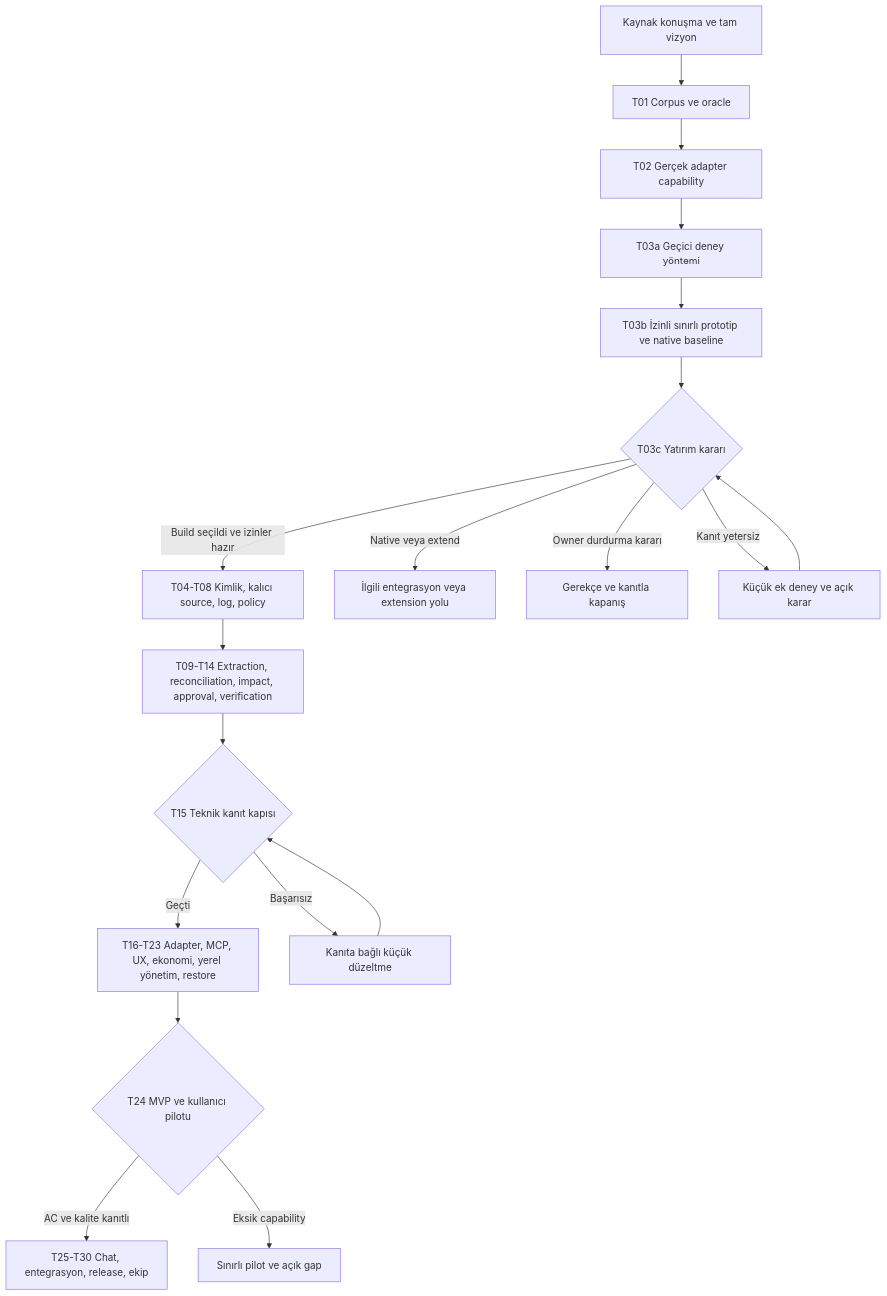
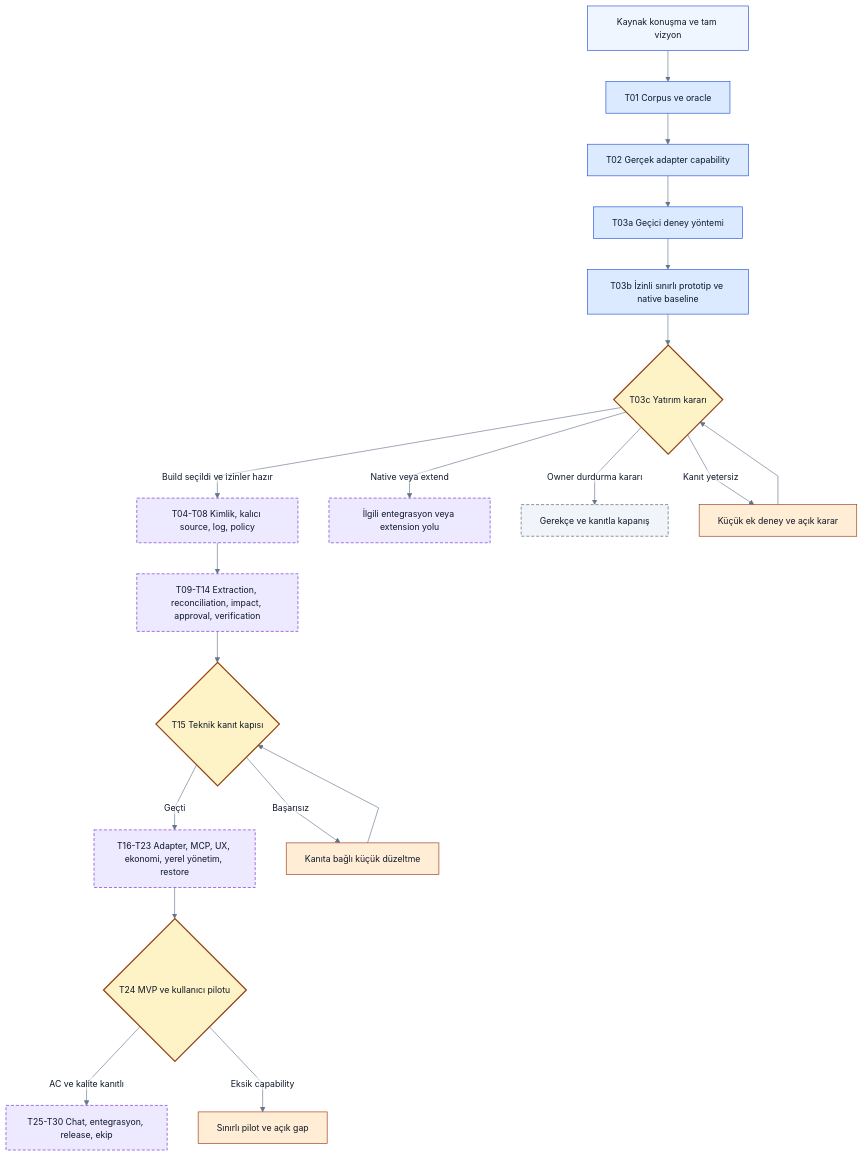
The second of 2 diagrams in ROADMAP.md (alphanAkbulut/decivora), drawn with Mermaid before and after one commit. The commit also changed other lines of this file and 21 other files, not shown here.

Commit message:
Refresh all Mermaid diagrams, clarify decision states and document rendering evidence

````diff
--- a/ROADMAP.md
+++ b/ROADMAP.md
@@ -37,21 +53,36 @@
 ```mermaid
+%%{init: {"theme":"base","themeVariables":{"fontFamily":"Arial, sans-serif","fontSize":"14px","primaryColor":"#eff6ff","primaryTextColor":"#0f172a","primaryBorderColor":"#1d4ed8","lineColor":"#64748b","secondaryColor":"#ccfbf1","tertiaryColor":"#f1f5f9","background":"#ffffff","mainBkg":"#eff6ff","textColor":"#0f172a","clusterBkg":"#f8fafc","clusterBorder":"#94a3b8","edgeLabelBackground":"#ffffff","actorBkg":"#eff6ff","actorTextColor":"#0f172a","actorBorder":"#1d4ed8","signalColor":"#64748b","signalTextColor":"#0f172a","noteBkgColor":"#fef3c7","noteTextColor":"#0f172a","noteBorderColor":"#92400e"},"flowchart":{"htmlLabels":false,"curve":"linear"},"sequence":{"wrap":true},"themeCSS":"background-color:#ffffff;"}}%%
 flowchart TB
+    accTitle: Küçük teslimler ve kanıt kapıları
+    accDescr: Önerilen tasarım veya açıkça belirtilen sentetik örnek. Renkler alan ve kontrol türünü gösterir; implemented veya passed kanıtı değildir. Yetki, revision ve coverage sınırları korunur.
     S[Kaynak konuşma ve tam vizyon] --> C[T01 Corpus ve oracle]
     C --> A[T02 Gerçek adapter capability]
     A --> PLAN[T03a Geçici deney yöntemi]
     PLAN --> PROTO[T03b İzinli sınırlı prototip ve native baseline]
     PROTO --> D{T03c Yatırım kararı}
     D -->|Build seçildi ve izinler hazır| CORE[T04-T08 Kimlik, kalıcı source, log, policy]
     D -->|Native veya extend| ALT[İlgili entegrasyon veya extension yolu]
     D -->|Owner durdurma kararı| STOP[Gerekçe ve kanıtla kapanış]
     D -->|Kanıt yetersiz| EXP[Küçük ek deney ve açık karar]
     EXP --> D
     CORE --> INT[T09-T14 Extraction, reconciliation, impact, approval, verification]
     INT --> G{T15 Teknik kanıt kapısı}
     G -->|Geçti| MVP[T16-T23 Adapter, MCP, UX, ekonomi, yerel yönetim, restore]
     G -->|Başarısız| FIX[Kanıta bağlı küçük düzeltme]
     FIX --> G
     MVP --> PILOT{T24 MVP ve kullanıcı pilotu}
     PILOT -->|AC ve kalite kanıtlı| NEXT[T25-T30 Chat, entegrasyon, release, ekip]
     PILOT -->|Eksik capability| LIMITED[Sınırlı pilot ve açık gap]
+    classDef source fill:#eff6ff,stroke:#1d4ed8,color:#0f172a
+    classDef process fill:#dbeafe,stroke:#1d4ed8,color:#0f172a
+    classDef gate fill:#fef3c7,stroke:#92400e,color:#0f172a,stroke-width:2px
+    classDef future fill:#ede9fe,stroke:#6d28d9,color:#0f172a,stroke-dasharray:5 3
+    classDef warning fill:#ffedd5,stroke:#9a3412,color:#0f172a
+    classDef history fill:#f1f5f9,stroke:#475569,color:#0f172a,stroke-dasharray:5 3
+    class S source
+    class C,A,PLAN,PROTO process
+    class D,G,PILOT gate
+    class CORE,INT,MVP,NEXT,ALT future
+    class EXP,FIX,LIMITED warning
+    class STOP history
 ```
````
